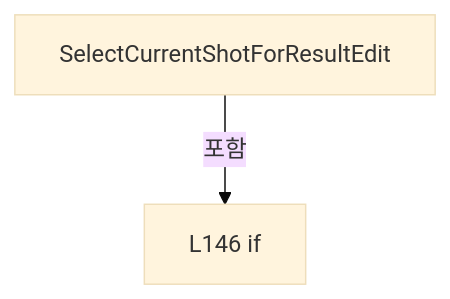
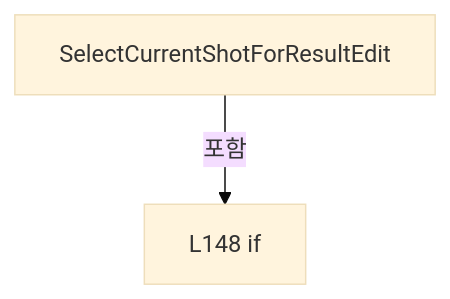
Before and after one commit to kjuws10-rgb/Shared: the fifth of 24 diagrams in A3 LD Code Ref/files/Drilling.UI/Menu/Menus/CMenuCorrection.ReviewData.Edit.cs.md, drawn with Mermaid (base theme). The commit also changed other lines of this file and 2071 other files, not shown here.

Commit message:
docs(a3): update 11.19.0 architecture and code reference

````diff
--- a/A3 LD Code Ref/files/Drilling.UI/Menu/Menus/CMenuCorrection.ReviewData.Edit.cs.md
+++ b/A3 LD Code Ref/files/Drilling.UI/Menu/Menus/CMenuCorrection.ReviewData.Edit.cs.md
@@ -1875,6 +1933,6 @@
 ```mermaid
 flowchart TD
  M["SelectCurrentShotForResultEdit"]
- N0["L146 if"]
+ N0["L148 if"]
  M -->|포함| N0
 ```
````
